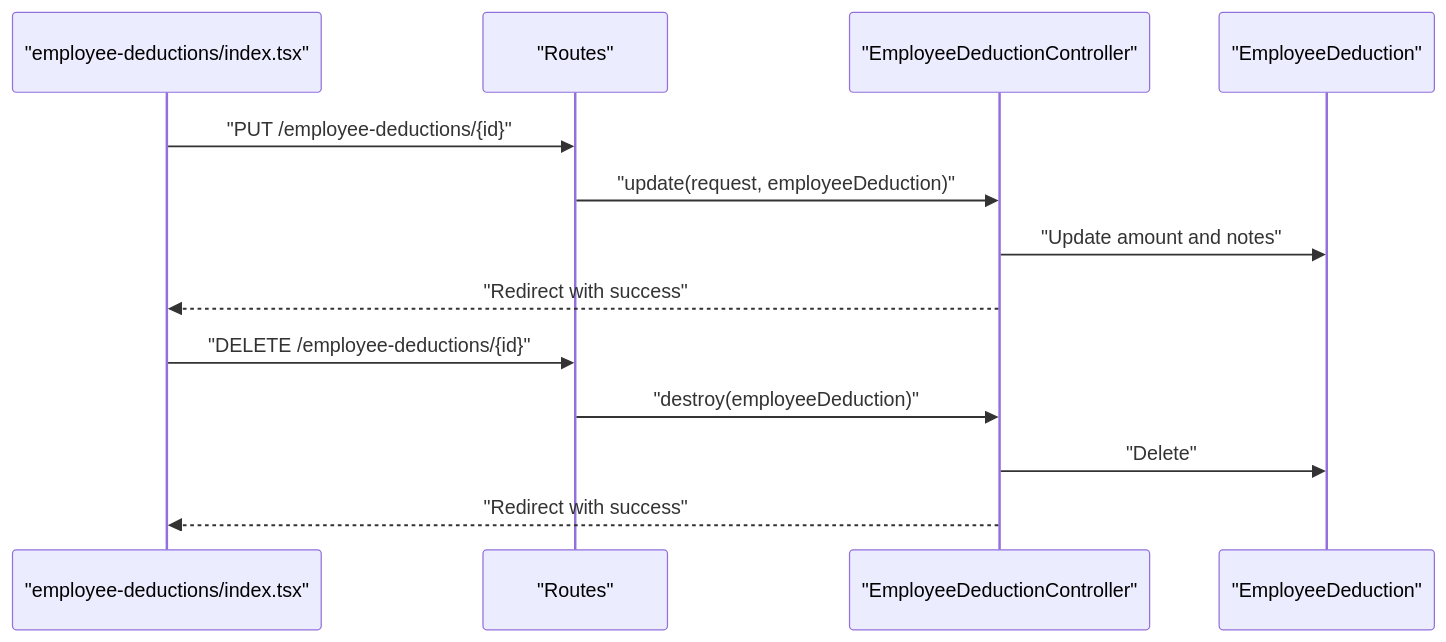
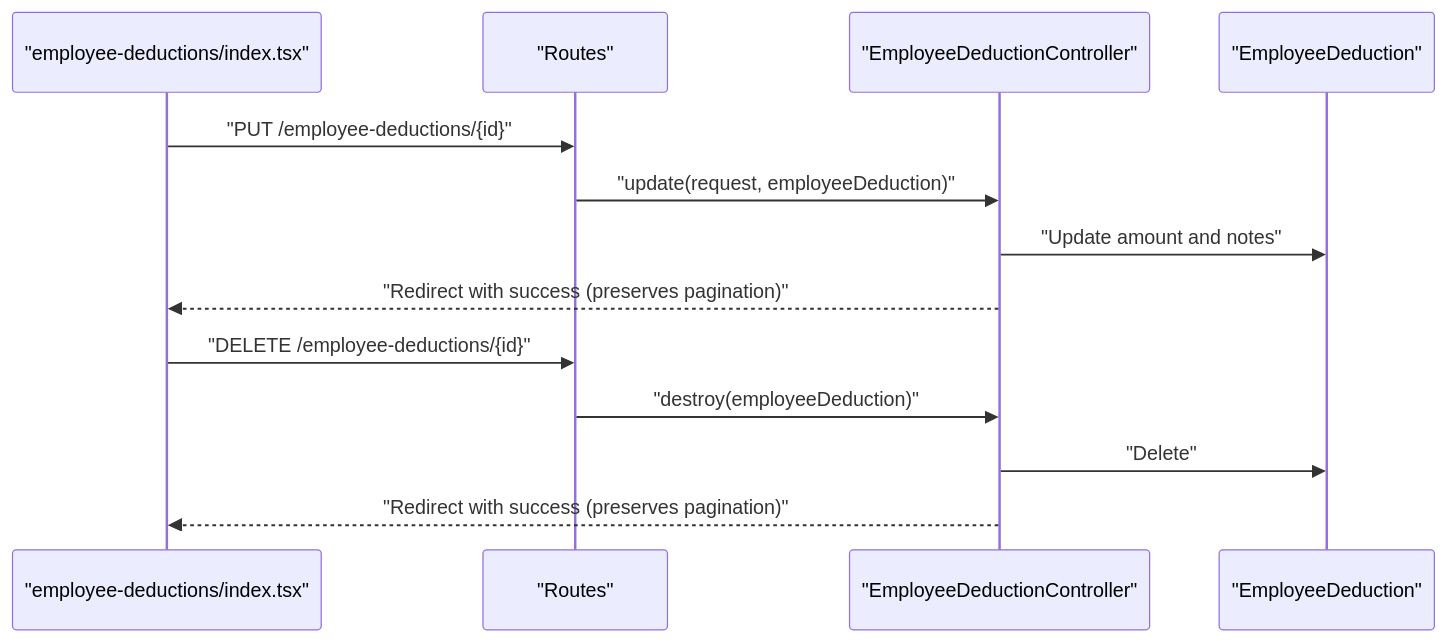
Before and after one commit to vincet0t15/template: the fifth of 7 diagrams in .qoder/repowiki/en/content/Deduction Management/Employee Deduction Tracking.md, drawn with Mermaid. The commit also changed other lines of this file and 3 other files, not shown here.

````diff
--- a/.qoder/repowiki/en/content/Deduction Management/Employee Deduction Tracking.md
+++ b/.qoder/repowiki/en/content/Deduction Management/Employee Deduction Tracking.md
@@ -235,15 +255,15 @@
 ```mermaid
 sequenceDiagram
 participant FE as "employee-deductions/index.tsx"
 participant RT as "Routes"
 participant C as "EmployeeDeductionController"
 participant M as "EmployeeDeduction"
 FE->>RT : "PUT /employee-deductions/{id}"
 RT->>C : "update(request, employeeDeduction)"
 C->>M : "Update amount and notes"
-C-->>FE : "Redirect with success"
+C-->>FE : "Redirect with success (preserves pagination)"
 FE->>RT : "DELETE /employee-deductions/{id}"
 RT->>C : "destroy(employeeDeduction)"
 C->>M : "Delete"
-C-->>FE : "Redirect with success"
+C-->>FE : "Redirect with success (preserves pagination)"
 ```
````
